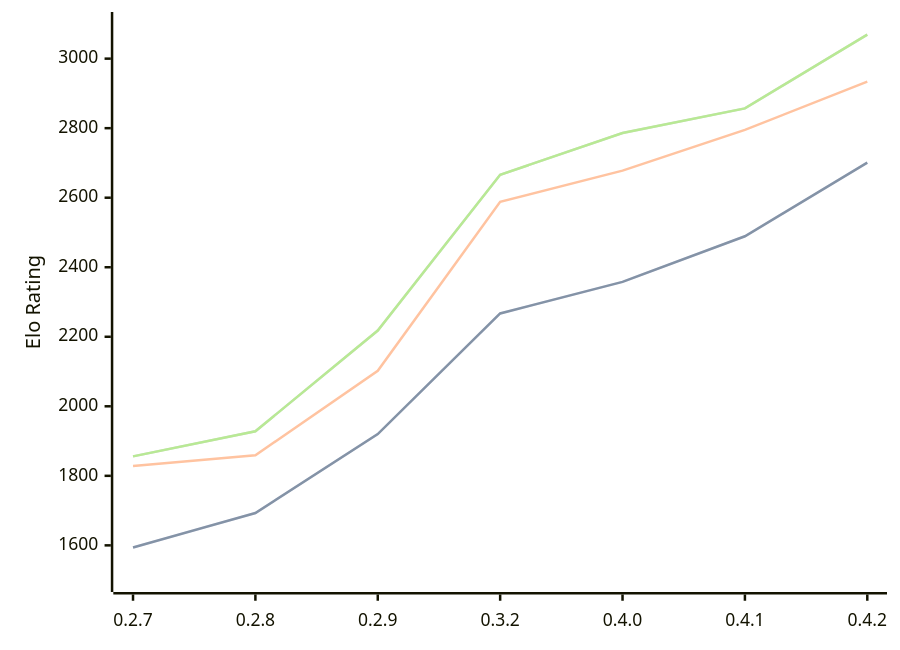
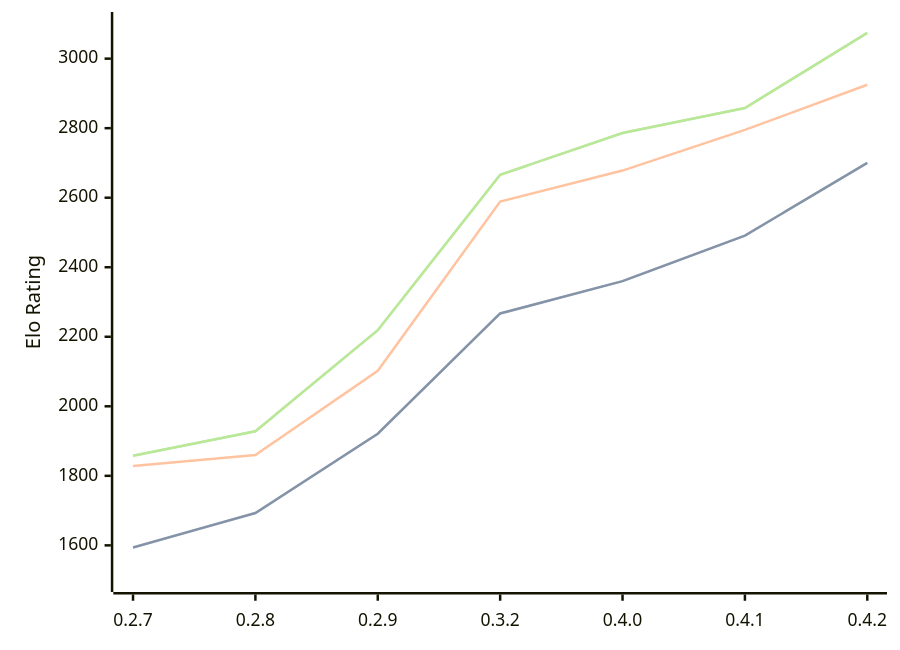
The diagram in engines/Dual.md (computer-chess-index/cci), drawn with Mermaid before and after one commit. The commit also changed other lines of this file, not shown here.

Commit message:
Update CCI Ratings (ELO VLTC) - 2026-08-21

````diff
--- a/engines/Dual.md
+++ b/engines/Dual.md
@@ -39,11 +39,11 @@
 ```mermaid
 %%{init: {"theme":"base","themeVariables":{"seriesColors:['#a3a3a3','#222221','#faa371']}}}%%
 xychart-beta
   x-axis ["0.2.7", "0.2.8", "0.2.9", "0.3.2", "0.4.0", "0.4.1", "0.4.2"]
   y-axis "Elo Rating" 1500 --> 3100
-  line "STC (8.0+0.08s)" [1594, 1693, 1920, 2267, 2358, 2489, 2701]
-  line "STC (8.0+0.08s)" [1594, 1693, 1920, 2267, 2358, 2489, 2701]
-  line "LTC (60.0+0.60s)" [1828, 1859, 2102, 2588, 2678, 2795, 2934]
-  line "VLTC (2m24s+1.12s)" [1856, 1928, 2218, 2666, 2786, 2857, 3069]
-  line "VLTC (2m24s+1.12s)" [1856, 1928, 2218, 2666, 2786, 2857, 3069]
+  line "STC (8.0+0.08s)" [1594, 1693, 1921, 2267, 2360, 2491, 2700]
+  line "STC (8.0+0.08s)" [1594, 1693, 1921, 2267, 2360, 2491, 2700]
+  line "LTC (60.0+0.60s)" [1828, 1860, 2102, 2589, 2678, 2795, 2925]
+  line "VLTC (2m24s+1.12s)" [1858, 1928, 2219, 2666, 2786, 2858, 3074]
+  line "VLTC (2m24s+1.12s)" [1858, 1928, 2219, 2666, 2786, 2858, 3074]
 ```
````
